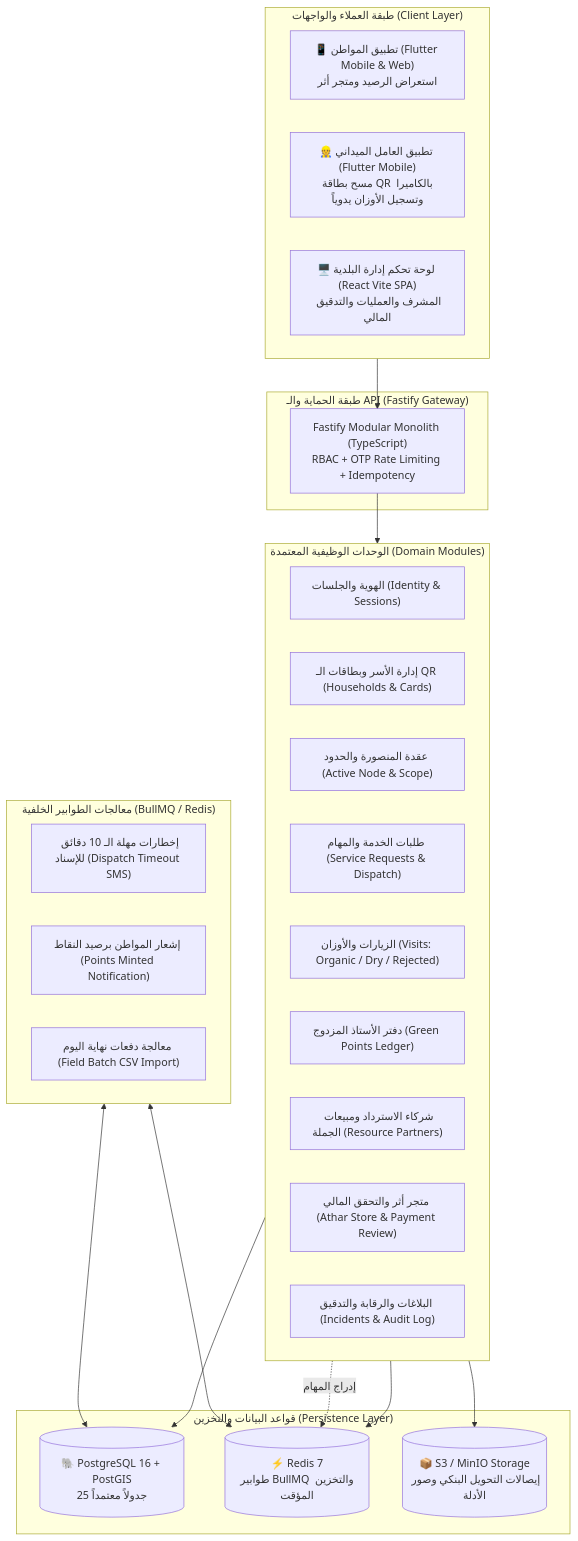
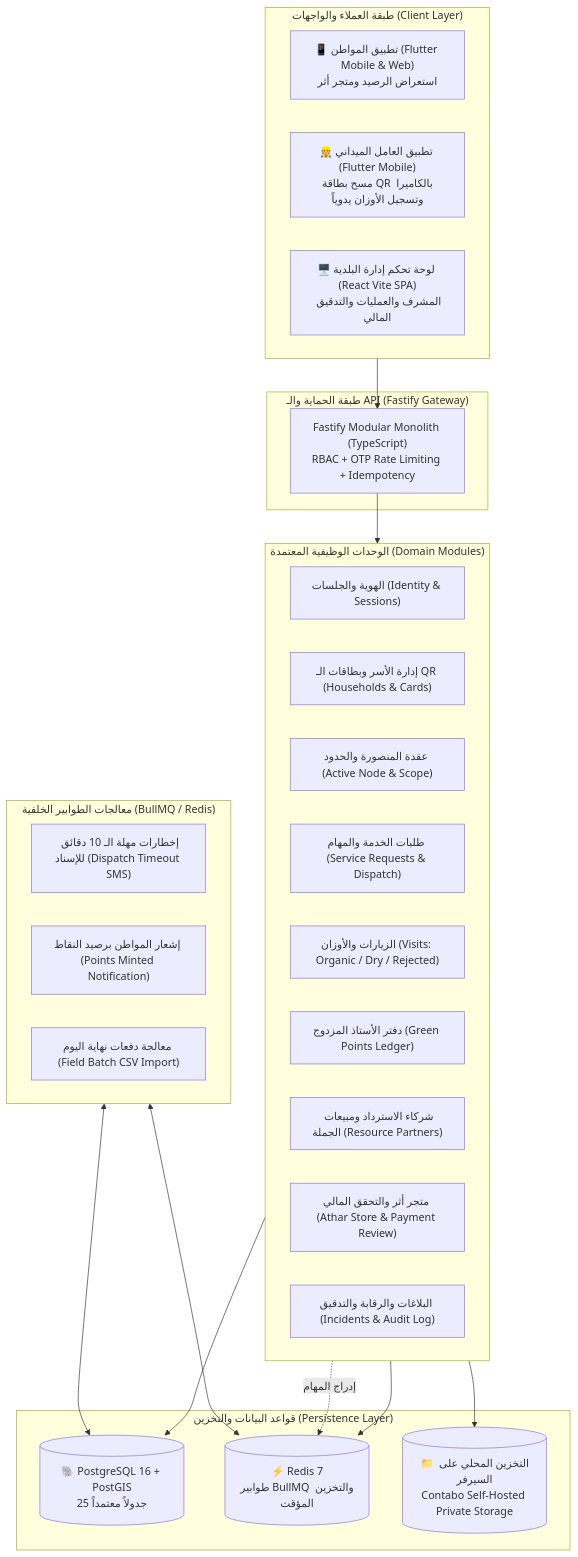
The first of 5 diagrams in README.md (A-S-Y/Athar), drawn with Mermaid before and after one commit. The commit also changed other lines of this file and 9 other files, not shown here.

Commit message:
fix: complete canonical remediation, 25-entity data dictionary, Contabo hosting & storage, and API contracts alignment

````diff
--- a/README.md
+++ b/README.md
@@ -54,45 +54,45 @@
 ```mermaid
 flowchart TB
     subgraph Clients ["طبقة العملاء والواجهات (Client Layer)"]
         ResApp["📱 تطبيق المواطن (Flutter Mobile & Web)<br/>استعراض الرصيد ومتجر أثر"]
         WorkApp["👷 تطبيق العامل الميداني (Flutter Mobile)<br/>مسح بطاقة QR بالكاميرا وتسجيل الأوزان يدوياً"]
         AdminPortal["🖥️ لوحة تحكم إدارة البلدية (React Vite SPA)<br/>المشرف والعمليات والتدقيق المالي"]
     end
 
     subgraph Gateway ["طبقة الحماية والـ API (Fastify Gateway)"]
         Edge["Fastify Modular Monolith (TypeScript)<br/>RBAC + OTP Rate Limiting + Idempotency"]
     end
 
     subgraph Modules ["الوحدات الوظيفية المعتمدة (Domain Modules)"]
         M1["الهوية والجلسات (Identity & Sessions)"]
         M2["إدارة الأسر وبطاقات الـ QR (Households & Cards)"]
         M3["عقدة المنصورة والحدود (Active Node & Scope)"]
         M4["طلبات الخدمة والمهام (Service Requests & Dispatch)"]
         M5["الزيارات والأوزان (Visits: Organic / Dry / Rejected)"]
         M6["دفتر الأستاذ المزدوج (Green Points Ledger)"]
         M7["شركاء الاسترداد ومبيعات الجملة (Resource Partners)"]
         M8["متجر أثر والتحقق المالي (Athar Store & Payment Review)"]
         M9["البلاغات والرقابة والتدقيق (Incidents & Audit Log)"]
     end
 
     subgraph Workers ["معالجات الطوابير الخلفية (BullMQ / Redis)"]
         W1["إخطارات مهلة الـ 10 دقائق للإسناد (Dispatch Timeout SMS)"]
         W2["إشعار المواطن برصيد النقاط (Points Minted Notification)"]
         W3["معالجة دفعات نهاية اليوم (Field Batch CSV Import)"]
     end
 
     subgraph DataStore ["قواعد البيانات والتخزين (Persistence Layer)"]
         DB[("🐘 PostgreSQL 16 + PostGIS<br/>25 جدولاً معتمداً")]
         REDIS[("⚡ Redis 7<br/>طوابير BullMQ والتخزين المؤقت")]
-        S3[("📦 S3 / MinIO Storage<br/>إيصالات التحويل البنكي وصور الأدلة")]
+        STORAGE[("📁 التخزين المحلي على السيرفر<br/>Contabo Self-Hosted Private Storage")]
     end
 
     Clients --> Edge
     Edge --> Modules
     Modules --> DB
     Modules --> REDIS
-    Modules --> S3
+    Modules --> STORAGE
     Modules -.-> |إدراج المهام| REDIS
     Workers <--> REDIS
     Workers <--> DB
 ```
````
